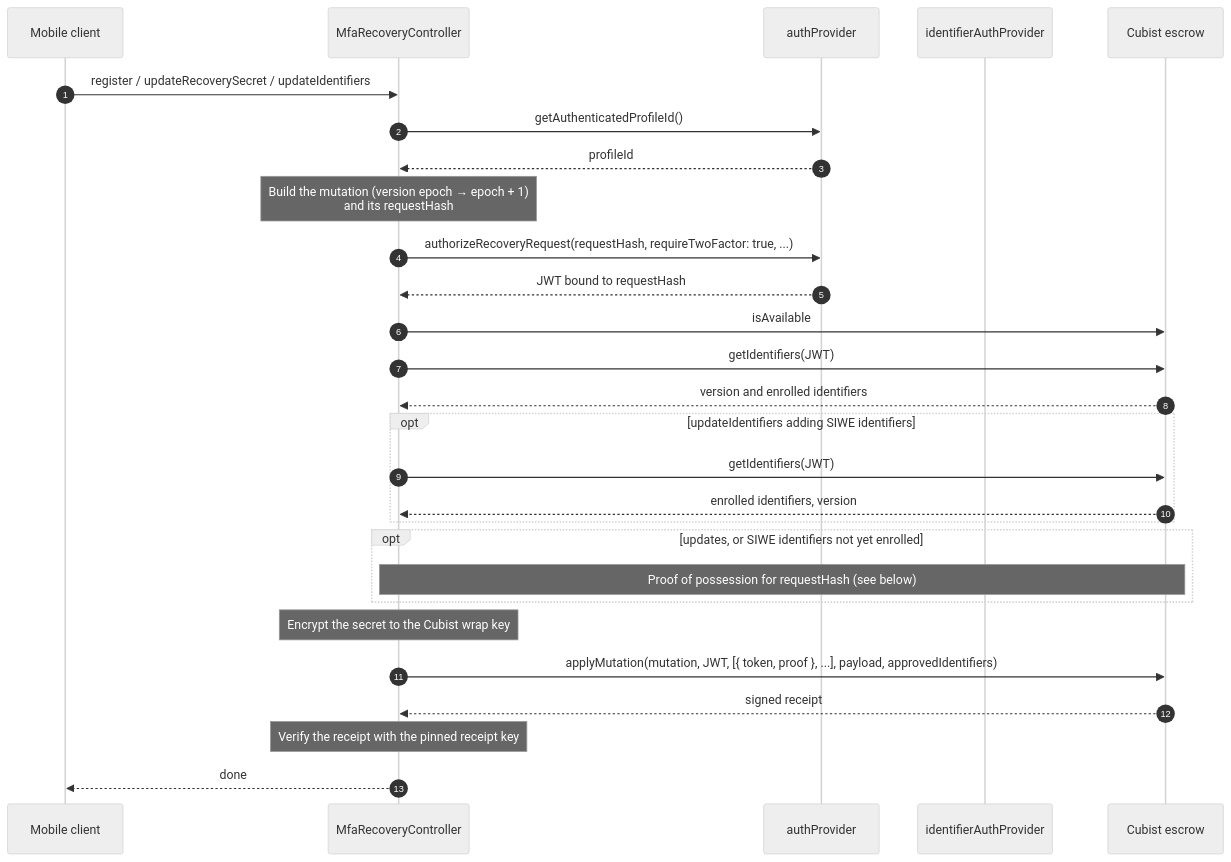
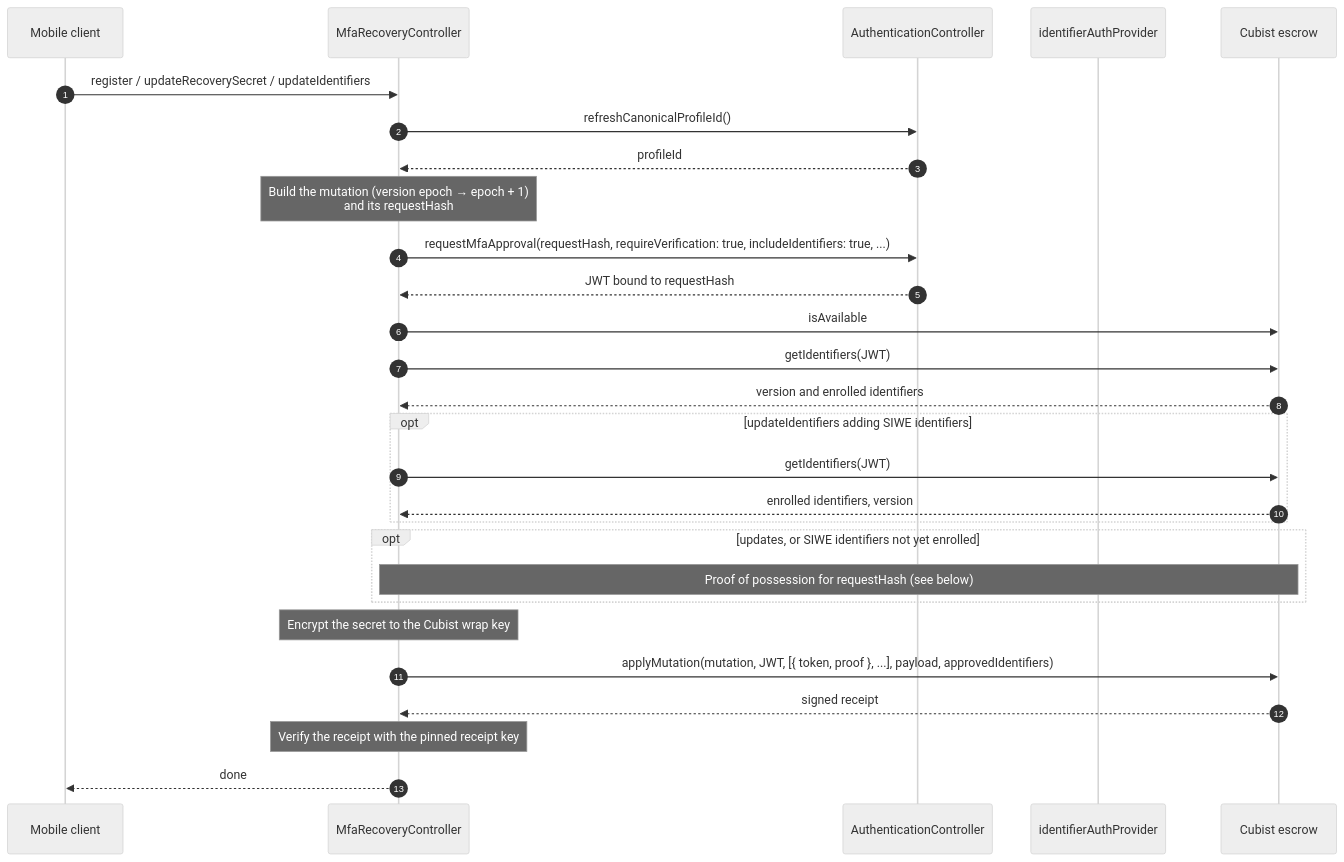
One commit to MetaMask/core changed the second of 3 diagrams in packages/mfa-recovery-controller/CUBIST_TEST_SEQUENCE.md. Above: the diagram before and after it, drawn with Mermaid (neutral theme). The commit also changed other lines of this file and 11 other files, not shown here.

Commit message:
feat(mfa-recovery-controller): use AuthenticationController via messenger

````diff
--- a/packages/mfa-recovery-controller/CUBIST_TEST_SEQUENCE.md
+++ b/packages/mfa-recovery-controller/CUBIST_TEST_SEQUENCE.md
@@ -57,33 +54,33 @@
 ```mermaid
 sequenceDiagram
   autonumber
   participant Mobile as Mobile client
   participant C as MfaRecoveryController
-  participant Auth as authProvider
+  participant Auth as AuthenticationController
   participant Id as identifierAuthProvider
   participant Cubist as Cubist escrow
 
   Mobile->>C: register / updateRecoverySecret / updateIdentifiers
-  C->>Auth: getAuthenticatedProfileId()
+  C->>Auth: refreshCanonicalProfileId()
   Auth-->>C: profileId
   Note over C: Build the mutation (version epoch → epoch + 1)<br/>and its requestHash
-  C->>Auth: authorizeRecoveryRequest(requestHash, requireTwoFactor: true, ...)
+  C->>Auth: requestMfaApproval(requestHash, requireVerification: true, includeIdentifiers: true, ...)
   Auth-->>C: JWT bound to requestHash
   C->>Cubist: isAvailable
 
   C->>Cubist: getIdentifiers(JWT)
   Cubist-->>C: version and enrolled identifiers
   opt updateIdentifiers adding SIWE identifiers
     C->>Cubist: getIdentifiers(JWT)
     Cubist-->>C: enrolled identifiers, version
   end
   opt updates, or SIWE identifiers not yet enrolled
     Note over C,Cubist: Proof of possession for requestHash (see below)
   end
 
   Note over C: Encrypt the secret to the Cubist wrap key
   C->>Cubist: applyMutation(mutation, JWT, [{ token, proof }, ...], payload, approvedIdentifiers)
   Cubist-->>C: signed receipt
   Note over C: Verify the receipt with the pinned receipt key
   C-->>Mobile: done
 ```
````
